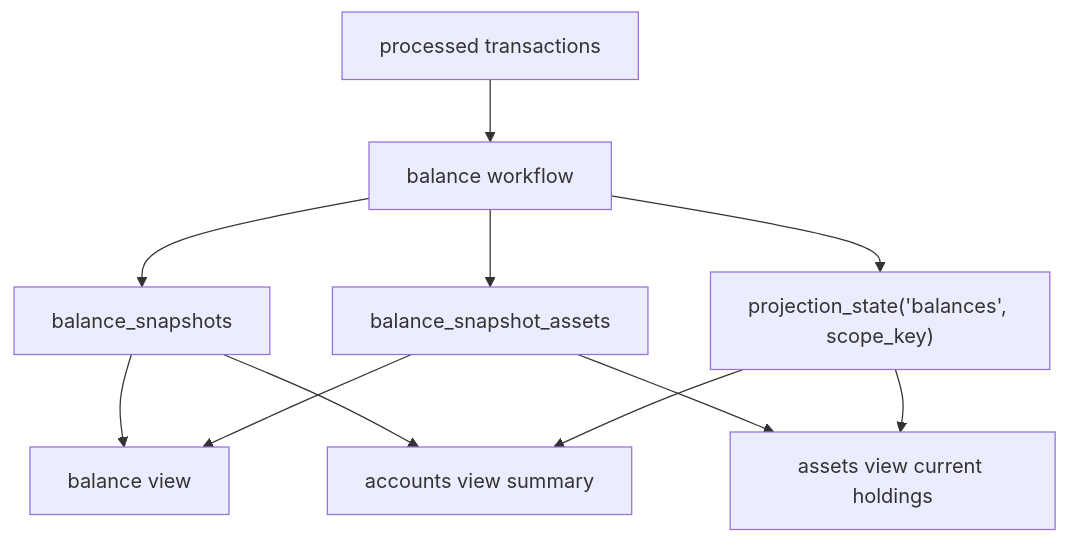
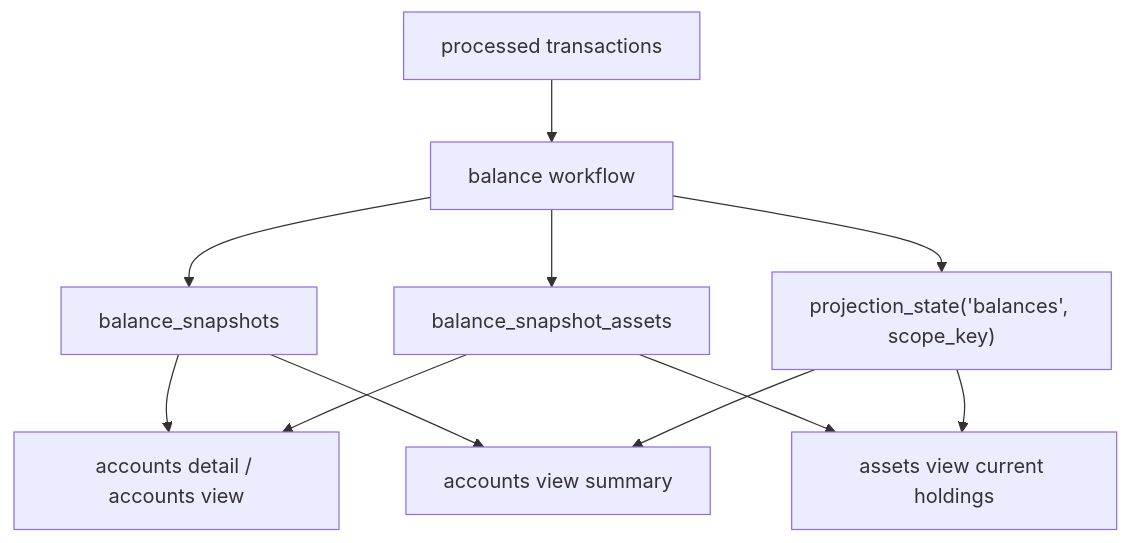
One commit to jbelanger/exitbook changed the diagram in docs/specs/balance-projection.md. Above: the diagram before and after it, drawn with Mermaid. The commit also changed other lines of this file and 32 other files, not shown here.

````diff
--- a/docs/specs/balance-projection.md
+++ b/docs/specs/balance-projection.md
@@ -245,13 +245,13 @@
 ```mermaid
 graph TD
     A["processed transactions"] --> B["balance workflow"]
     B --> C["balance_snapshots"]
     B --> D["balance_snapshot_assets"]
     B --> E["projection_state('balances', scope_key)"]
-    C --> F["balance view"]
+    C --> F["accounts detail / accounts view"]
     D --> F
     C --> G["accounts view summary"]
     E --> G
     D --> H["assets view current holdings"]
     E --> H
 ```
````
